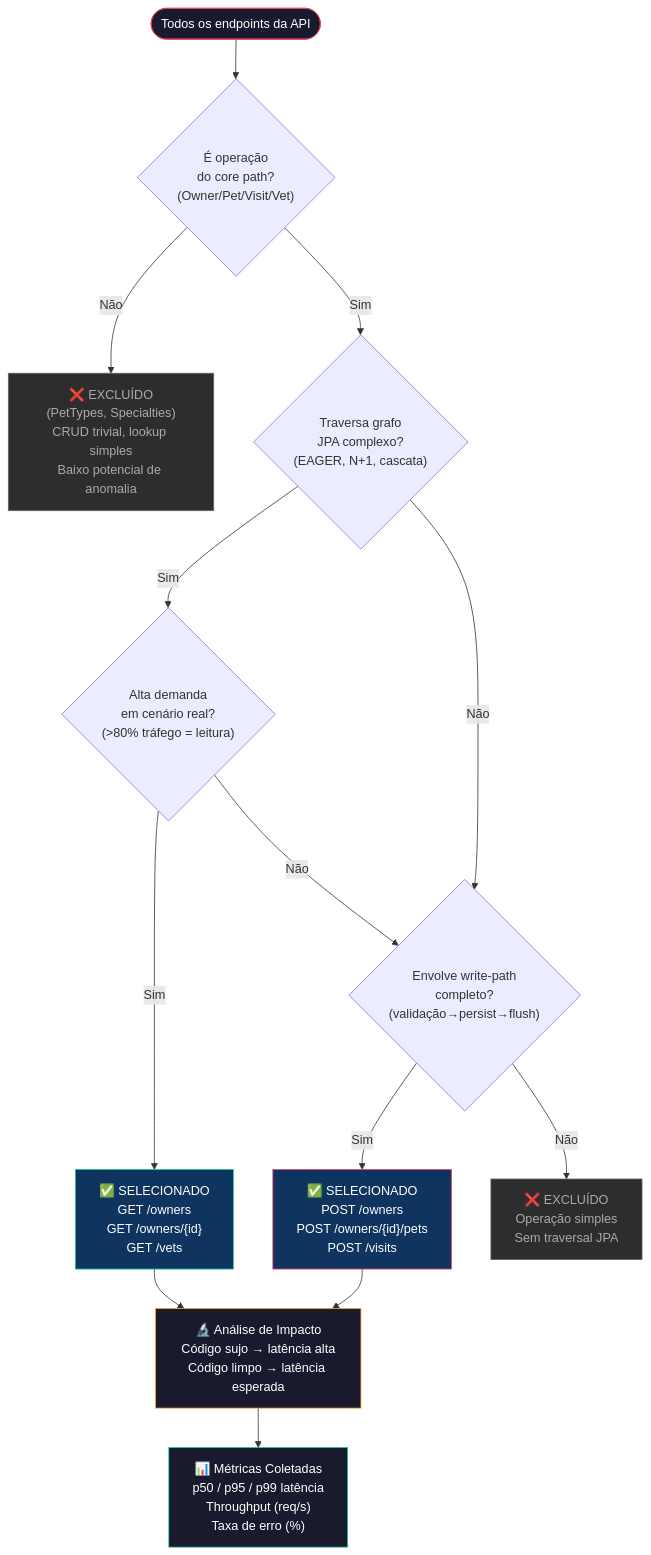
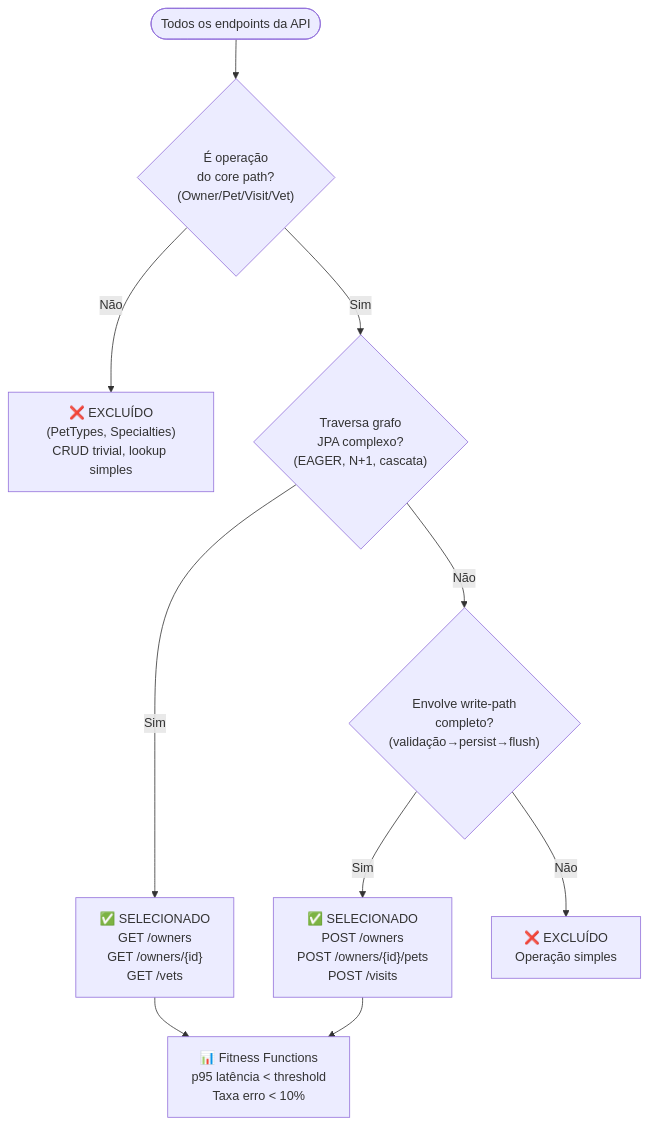
Before and after one commit to diogomasc/spring-petclinic-rest: the fourth of 6 diagrams in docs/referencia-tecnica-petclinic.md, drawn with Mermaid. The commit also changed other lines of this file and 2 other files, not shown here.

````diff
--- a/docs/referencia-tecnica-petclinic.md
+++ b/docs/referencia-tecnica-petclinic.md
@@ -362,33 +317,19 @@
 ```mermaid
 flowchart TB
     START(["Todos os endpoints da API"]) --> F1{"É operação\ndo core path?\n(Owner/Pet/Visit/Vet)"}
 
-    F1 -->|Não| EXCL["❌ EXCLUÍDO\n(PetTypes, Specialties)\nCRUD trivial, lookup simples\nBaixo potencial de anomalia"]
+    F1 -->|Não| EXCL["❌ EXCLUÍDO\n(PetTypes, Specialties)\nCRUD trivial, lookup simples"]
 
     F1 -->|Sim| F2{"Traversa grafo\nJPA complexo?\n(EAGER, N+1, cascata)"}
 
-    F2 -->|Sim| F3{"Alta demanda\nem cenário real?\n(>80% tráfego = leitura)"}
+    F2 -->|Sim| SEL_READ["✅ SELECIONADO\nGET /owners\nGET /owners/{id}\nGET /vets"]
 
     F2 -->|Não| F4{"Envolve write-path\ncompleto?\n(validação→persist→flush)"}
 
-    F3 -->|Sim| SEL_READ["✅ SELECIONADO\nGET /owners\nGET /owners/{id}\nGET /vets"]
-
-    F3 -->|Não| F4
-
     F4 -->|Sim| SEL_WRITE["✅ SELECIONADO\nPOST /owners\nPOST /owners/{id}/pets\nPOST /visits"]
 
-    F4 -->|Não| EXCL2["❌ EXCLUÍDO\nOperação simples\nSem traversal JPA"]
+    F4 -->|Não| EXCL2["❌ EXCLUÍDO\nOperação simples"]
 
-    SEL_READ --> IMPACT["🔬 Análise de Impacto\nCódigo sujo → latência alta\nCódigo limpo → latência esperada"]
-    SEL_WRITE --> IMPACT
-
-    IMPACT --> METRIC["📊 Métricas Coletadas\np50 / p95 / p99 latência\nThroughput (req/s)\nTaxa de erro (%)"]
-
-    style START fill:#1a1a2e,stroke:#e94560,color:#fff
-    style EXCL fill:#2d2d2d,stroke:#666,color:#aaa
-    style EXCL2 fill:#2d2d2d,stroke:#666,color:#aaa
-    style SEL_READ fill:#0f3460,stroke:#16c79a,color:#fff
-    style SEL_WRITE fill:#0f3460,stroke:#e94560,color:#fff
-    style IMPACT fill:#1a1a2e,stroke:#f5a623,color:#fff
-    style METRIC fill:#1a1a2e,stroke:#16c79a,color:#fff
+    SEL_READ --> METRIC["📊 Fitness Functions\np95 latência < threshold\nTaxa erro < 10%"]
+    SEL_WRITE --> METRIC
 ```
````
